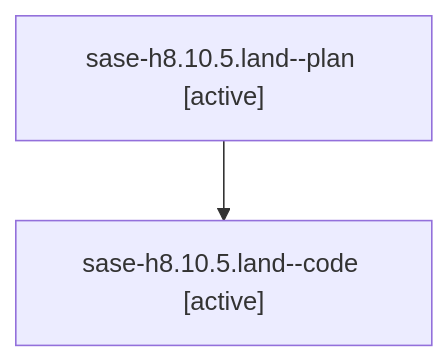
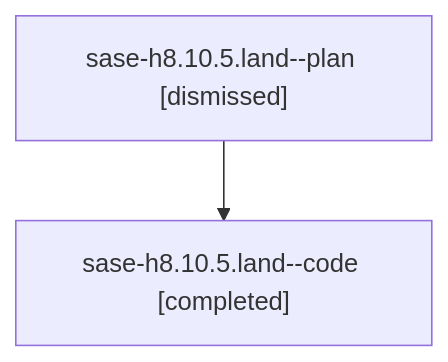
Before and after one commit to sase-org/sase--agents: the diagram in families/bbugyi200.athena.sase-h8.10.5.land.md, drawn with Mermaid. The commit also changed other lines of this file and 1475 other files, not shown here.

````diff
--- a/families/bbugyi200.athena.sase-h8.10.5.land.md
+++ b/families/bbugyi200.athena.sase-h8.10.5.land.md
@@ -9,6 +9,6 @@
 ```mermaid
 flowchart TD
-  n0["sase-h8.10.5.land--plan [active]"]
-  n1["sase-h8.10.5.land--code [active]"]
+  n0["sase-h8.10.5.land--plan [dismissed]"]
+  n1["sase-h8.10.5.land--code [completed]"]
   n0 --> n1
 ```
````
